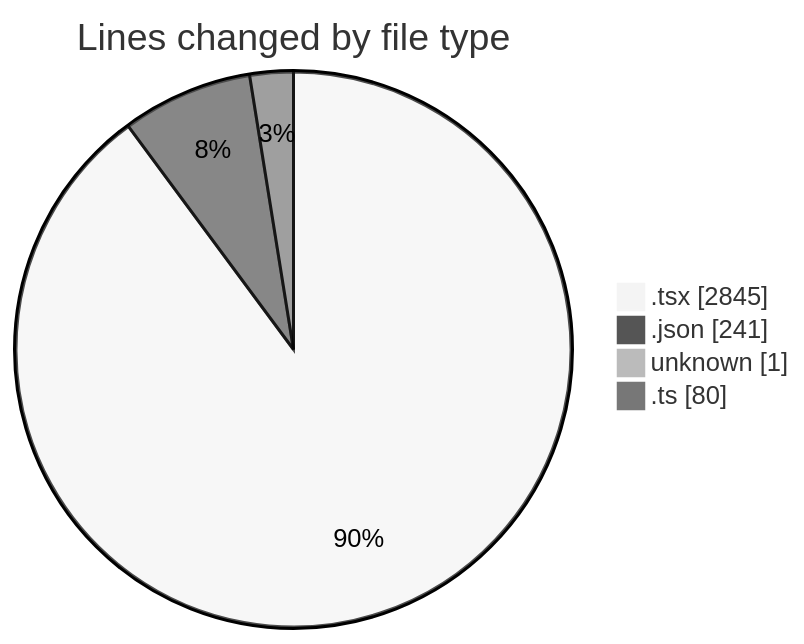
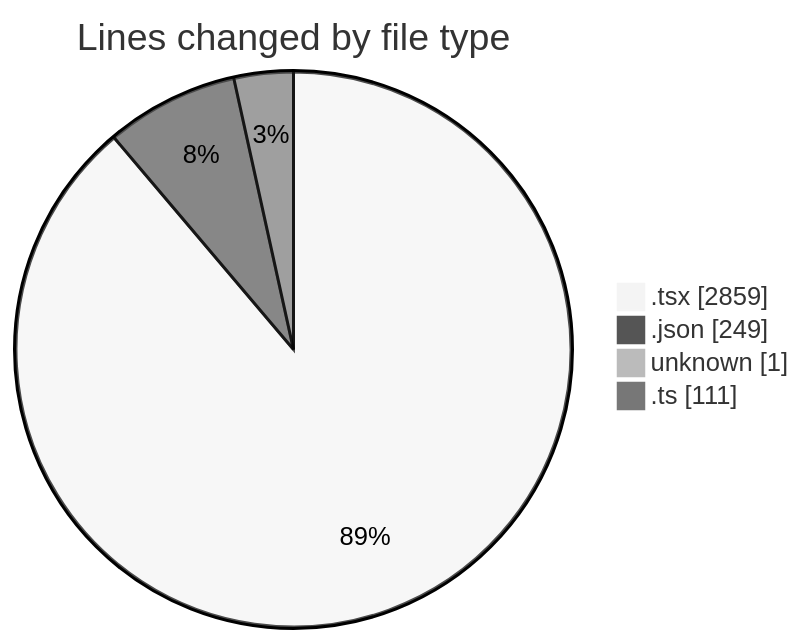
Before and after one commit to Elitesun/code-tracking: the first of 2 diagrams in 2025-05-07/niten/README.md, drawn with Mermaid (neutral theme). The commit also changed other lines of this file and 1 other file, not shown here.

````diff
--- a/2025-05-07/niten/README.md
+++ b/2025-05-07/niten/README.md
@@ -51,8 +51,8 @@
 ```mermaid
 pie showData
 title Lines changed by file type
-".tsx" : 2845
-".json" : 241
+".tsx" : 2859
+".json" : 249
 "unknown" : 1
-".ts" : 80
+".ts" : 111
 ```
````
